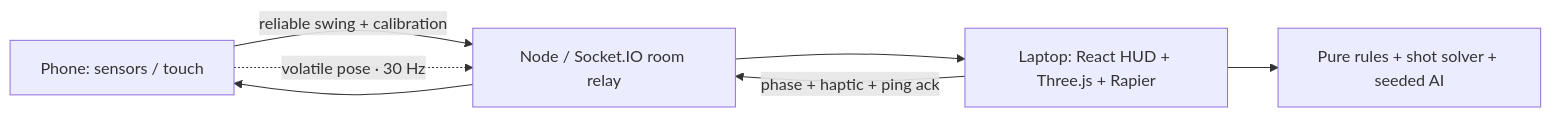
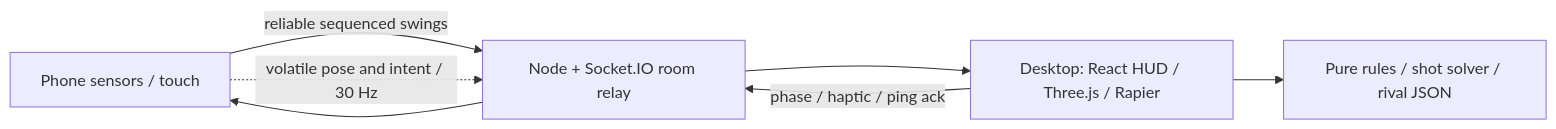
Before and after one commit to Joshuasoco/game: the diagram in README.md, drawn with Mermaid. The commit also changed other lines of this file and 96 other files, not shown here.

````diff
--- a/README.md
+++ b/README.md
@@ -66,9 +54,9 @@
 ```mermaid
 flowchart LR
-  P[Phone: sensors / touch] -->|reliable swing + calibration| R[Node / Socket.IO room relay]
-  P -.->|volatile pose · 30 Hz| R
-  R --> G[Laptop: React HUD + Three.js + Rapier]
-  G --> Q[Pure rules + shot solver + seeded AI]
-  G -->|phase + haptic + ping ack| R
-  R --> P
+  Phone[Phone sensors / touch] -->|reliable sequenced swings| Relay[Node + Socket.IO room relay]
+  Phone -.->|volatile pose and intent / 30 Hz| Relay
+  Relay --> Game[Desktop: React HUD / Three.js / Rapier]
+  Game --> Logic[Pure rules / shot solver / rival JSON]
+  Game -->|phase / haptic / ping ack| Relay
+  Relay --> Phone
 ```
````
